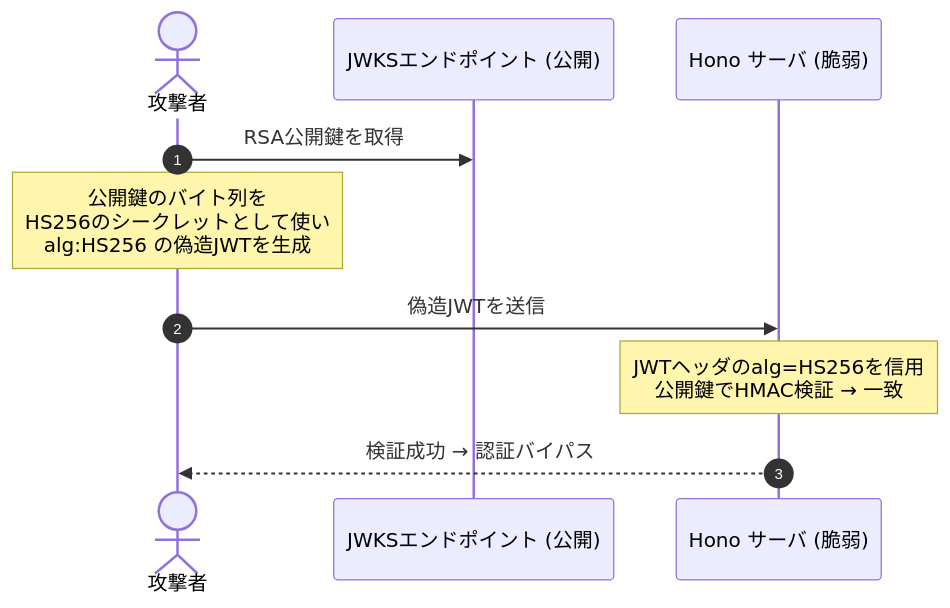
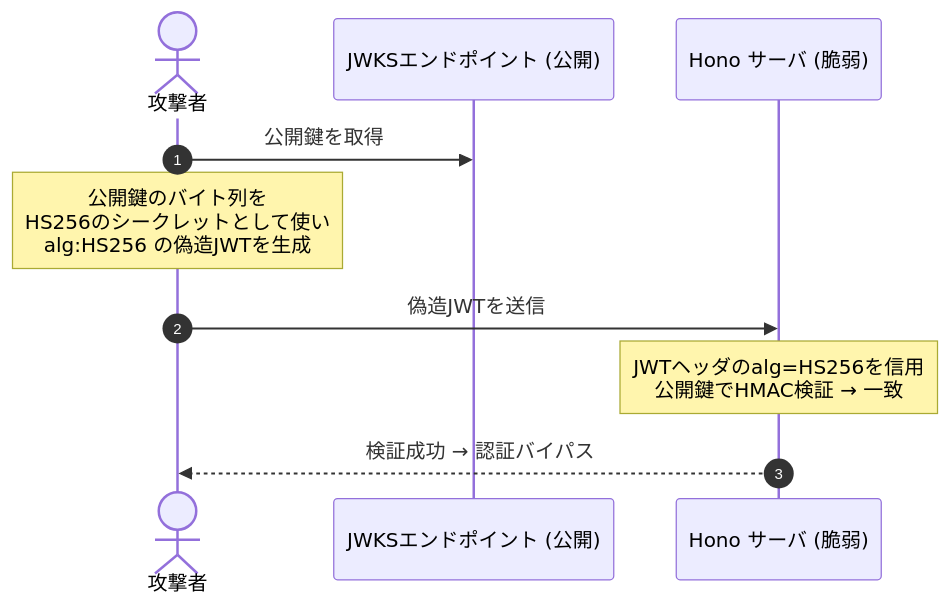
The first of 2 diagrams in articles/hono-jwt-jwk-alg-confusion.md (calloc134/zenn-dir), drawn with Mermaid before and after one commit. The commit also changed other lines of this file, not shown here.

````diff
--- a/articles/hono-jwt-jwk-alg-confusion.md
+++ b/articles/hono-jwt-jwk-alg-confusion.md
@@ -357,13 +357,13 @@
 ```mermaid
 sequenceDiagram
     autonumber
     actor Attacker as 攻撃者
     participant JWKS as JWKSエンドポイント (公開)
     participant Server as Hono サーバ (脆弱)
 
-    Attacker->>JWKS: RSA公開鍵を取得
+    Attacker->>JWKS: 公開鍵を取得
     Note over Attacker: 公開鍵のバイト列を<br/>HS256のシークレットとして使い<br/>alg:HS256 の偽造JWTを生成
     Attacker->>Server: 偽造JWTを送信
     Note over Server: JWTヘッダのalg=HS256を信用<br/>公開鍵でHMAC検証 → 一致
     Server-->>Attacker: 検証成功 → 認証バイパス
 ```
````
